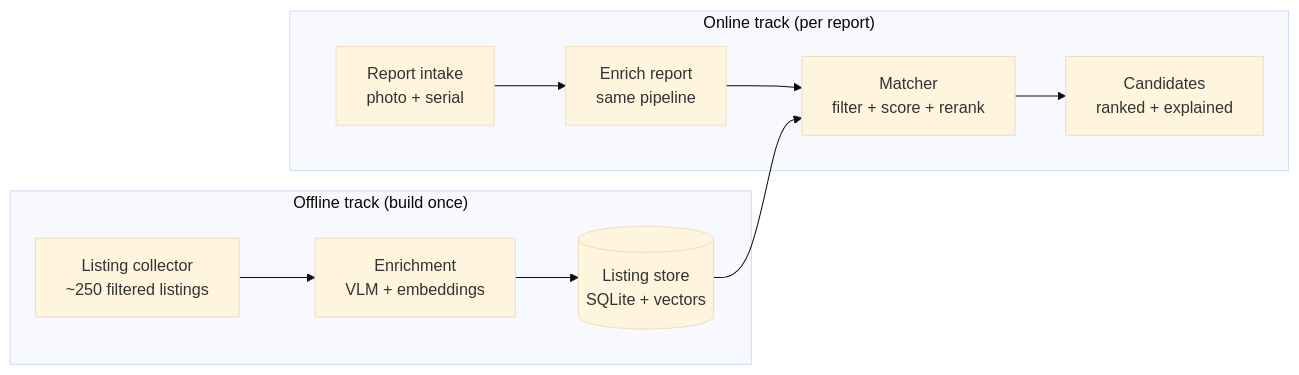
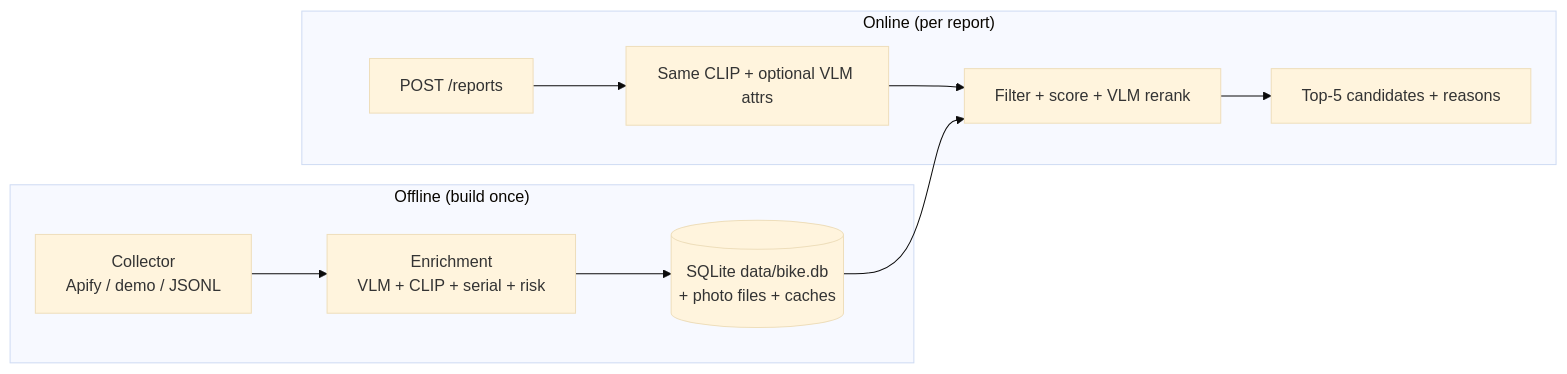
Before and after one commit to estebann23/stolen-fiets-scanner: the diagram in SPEC.md, drawn with Mermaid (base theme). The commit also changed other lines of this file and 1 other file, not shown here.

````diff
--- a/SPEC.md
+++ b/SPEC.md
@@ -20,13 +20,13 @@
 ```mermaid
 flowchart LR
-    subgraph Offline["Offline track (build once)"]
-        A[Listing collector<br/>~250 filtered listings] --> B[Enrichment<br/>VLM + embeddings]
-        B --> C[(Listing store<br/>SQLite + vectors)]
+    subgraph Offline["Offline (build once)"]
+        A[Collector<br/>Apify / demo / JSONL] --> B[Enrichment<br/>VLM + CLIP + serial + risk]
+        B --> C[(SQLite data/bike.db<br/>+ photo files + caches)]
     end
-    subgraph Online["Online track (per report)"]
-        D[Report intake<br/>photo + serial] --> E[Enrich report<br/>same pipeline]
-        E --> F[Matcher<br/>filter + score + rerank]
-        F --> G[Candidates<br/>ranked + explained]
+    subgraph Online["Online (per report)"]
+        D[POST /reports] --> E[Same CLIP + optional VLM attrs]
+        E --> F[Filter + score + VLM rerank]
+        F --> G[Top-5 candidates + reasons]
     end
     C --> F
 ```
````
